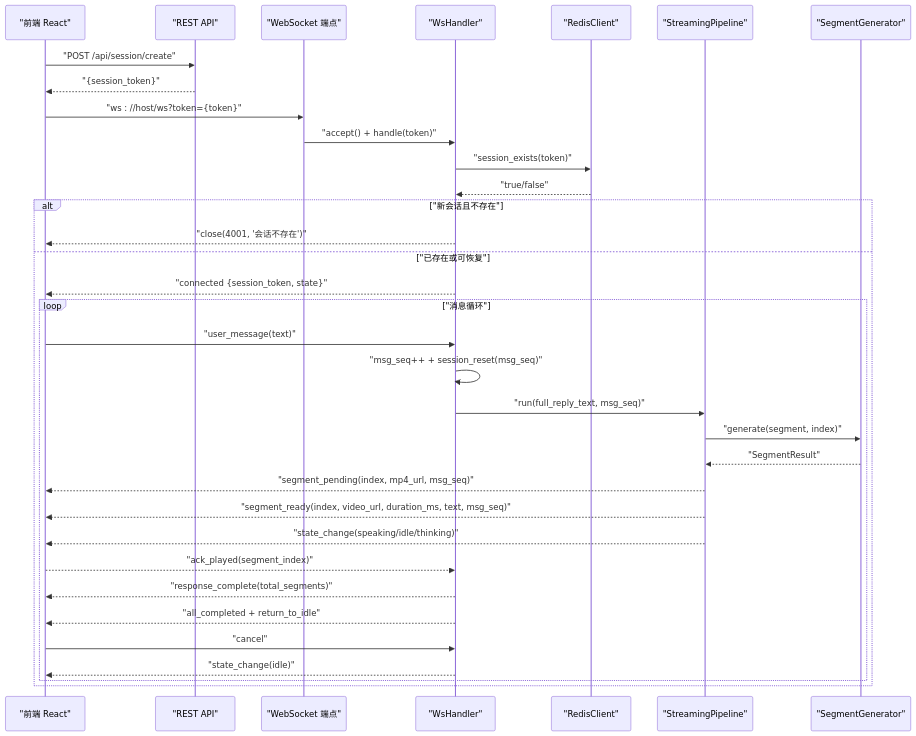
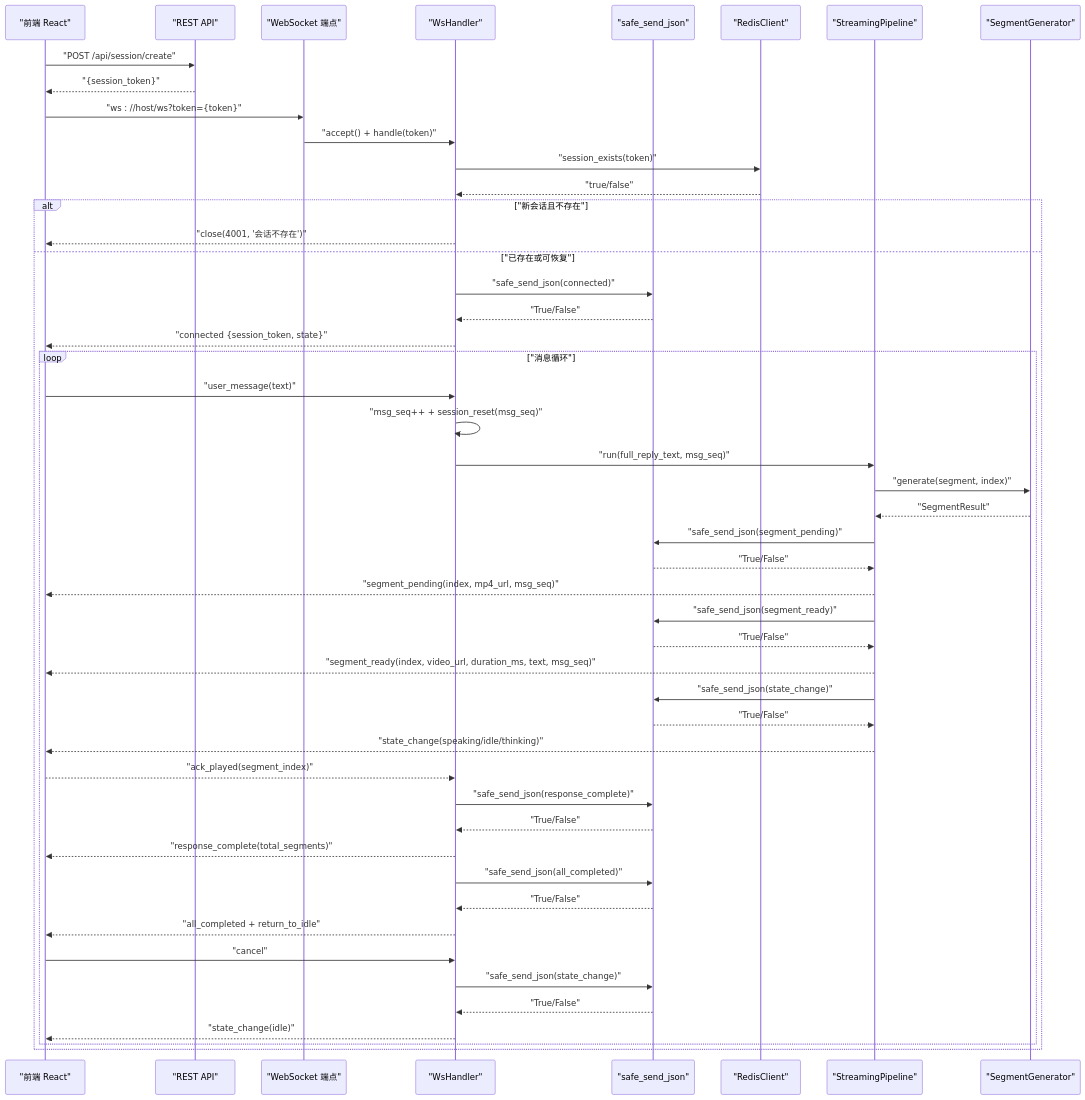
The second of 7 diagrams in .qoder/repowiki/zh/content/后端服务/WebSocket 通信协议.md (leo21cn/real-time-talk), drawn with Mermaid before and after one commit. The commit also changed other lines of this file and 3 other files, not shown here.

````diff
--- a/.qoder/repowiki/zh/content/后端服务/WebSocket 通信协议.md
+++ b/.qoder/repowiki/zh/content/后端服务/WebSocket 通信协议.md
@@ -145,36 +152,51 @@
 ```mermaid
 sequenceDiagram
 participant FE as "前端 React"
 participant API as "REST API"
 participant WS as "WebSocket 端点"
 participant H as "WsHandler"
+participant S as "safe_send_json"
 participant R as "RedisClient"
 participant P as "StreamingPipeline"
 participant G as "SegmentGenerator"
 FE->>API : "POST /api/session/create"
 API-->>FE : "{session_token}"
 FE->>WS : "ws : //host/ws?token={token}"
 WS->>H : "accept() + handle(token)"
 H->>R : "session_exists(token)"
 R-->>H : "true/false"
 alt "新会话且不存在"
 H-->>FE : "close(4001, '会话不存在')"
 else "已存在或可恢复"
+H->>S : "safe_send_json(connected)"
+S-->>H : "True/False"
 H-->>FE : "connected {session_token, state}"
 loop "消息循环"
 FE->>H : "user_message(text)"
 H->>H : "msg_seq++ + session_reset(msg_seq)"
 H->>P : "run(full_reply_text, msg_seq)"
 P->>G : "generate(segment, index)"
 G-->>P : "SegmentResult"
+P->>S : "safe_send_json(segment_pending)"
+S-->>P : "True/False"
 P-->>FE : "segment_pending(index, mp4_url, msg_seq)"
+P->>S : "safe_send_json(segment_ready)"
+S-->>P : "True/False"
 P-->>FE : "segment_ready(index, video_url, duration_ms, text, msg_seq)"
+P->>S : "safe_send_json(state_change)"
+S-->>P : "True/False"
 P-->>FE : "state_change(speaking/idle/thinking)"
 FE-->>H : "ack_played(segment_index)"
+H->>S : "safe_send_json(response_complete)"
+S-->>H : "True/False"
 H-->>FE : "response_complete(total_segments)"
+H->>S : "safe_send_json(all_completed)"
+S-->>H : "True/False"
 H-->>FE : "all_completed + return_to_idle"
 FE->>H : "cancel"
+H->>S : "safe_send_json(state_change)"
+S-->>H : "True/False"
 H-->>FE : "state_change(idle)"
 end
 end
 ```
````
